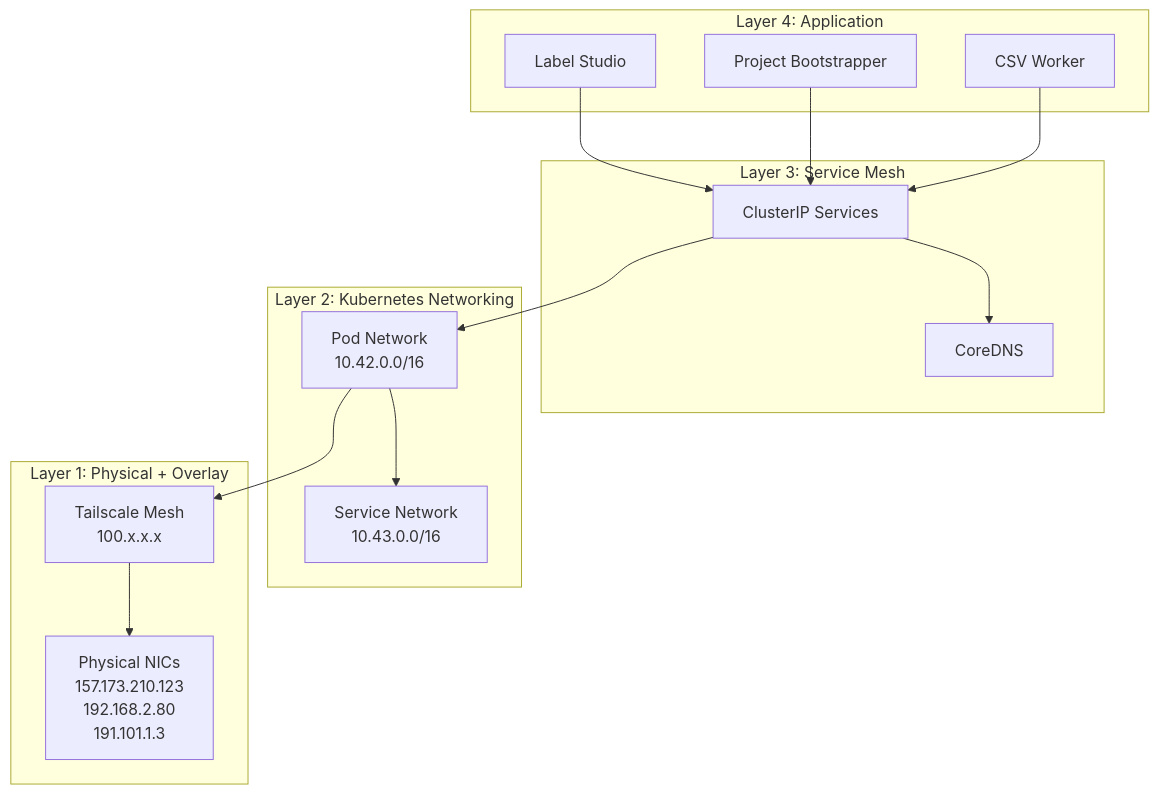
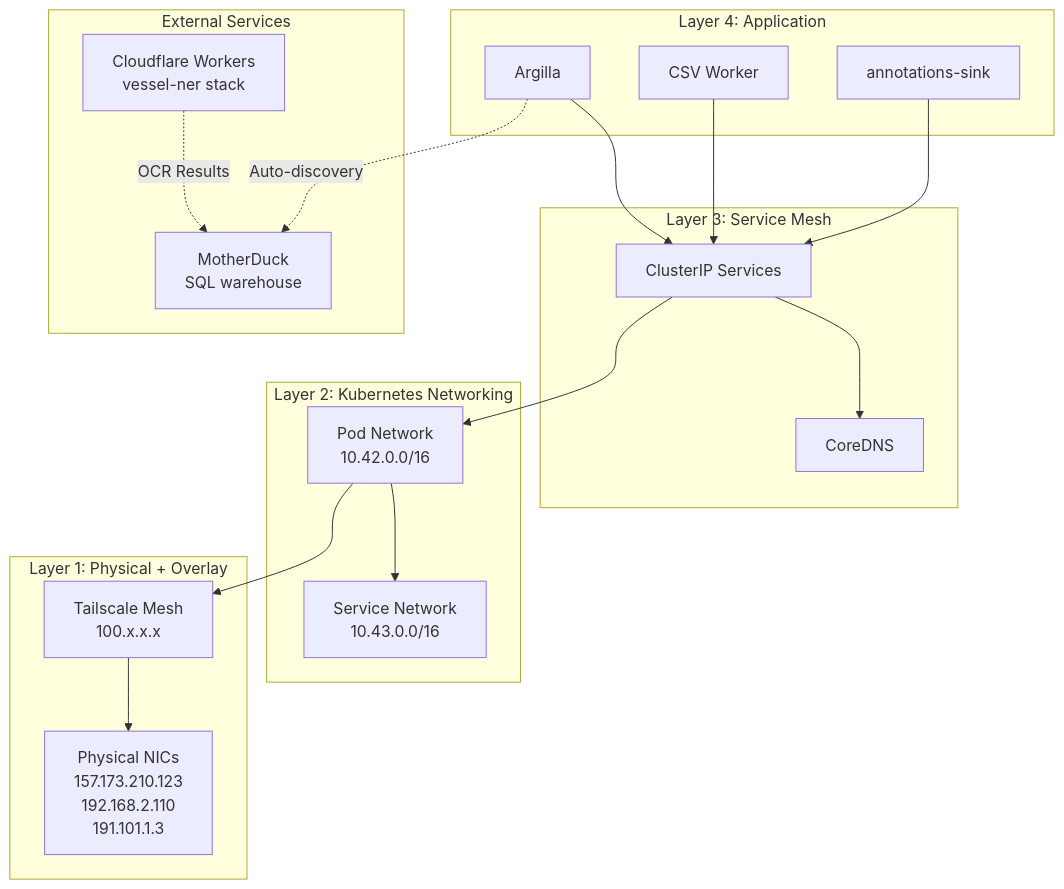
Before and after one commit to goldfish-inc/deepseek-ocr-vllm: the first of 16 diagrams in docs/architecture/NETWORK_ARCHITECTURE.md, drawn with Mermaid. The commit also changed other lines of this file and 2 other files, not shown here.

First line of the commit message:
docs(architecture): update for Argilla migration and vessel-ner Workers

````diff
--- a/docs/architecture/NETWORK_ARCHITECTURE.md
+++ b/docs/architecture/NETWORK_ARCHITECTURE.md
@@ -35,32 +37,39 @@
 ```mermaid
 graph TB
     subgraph "Layer 4: Application"
-        LS[Label Studio]
-        PB[Project Bootstrapper]
+        ARG[Argilla]
         CS[CSV Worker]
+        AS[annotations-sink]
     end
 
     subgraph "Layer 3: Service Mesh"
         SVC[ClusterIP Services]
         DNS[CoreDNS]
     end
 
     subgraph "Layer 2: Kubernetes Networking"
         POD[Pod Network<br/>10.42.0.0/16]
         CLUS[Service Network<br/>10.43.0.0/16]
     end
 
     subgraph "Layer 1: Physical + Overlay"
-        PHYS[Physical NICs<br/>157.173.210.123<br/>192.168.2.80<br/>191.101.1.3]
+        PHYS[Physical NICs<br/>157.173.210.123<br/>192.168.2.110<br/>191.101.1.3]
         TS[Tailscale Mesh<br/>100.x.x.x]
     end
 
-    LS --> SVC
-    PB --> SVC
+    subgraph "External Services"
+        CF[Cloudflare Workers<br/>vessel-ner stack]
+        MD[MotherDuck<br/>SQL warehouse]
+    end
+
+    ARG --> SVC
     CS --> SVC
+    AS --> SVC
     SVC --> DNS
     SVC --> POD
     POD --> CLUS
     POD --> TS
     TS --> PHYS
+    ARG -.Auto-discovery.-> MD
+    CF -.OCR Results.-> MD
 ```
````
